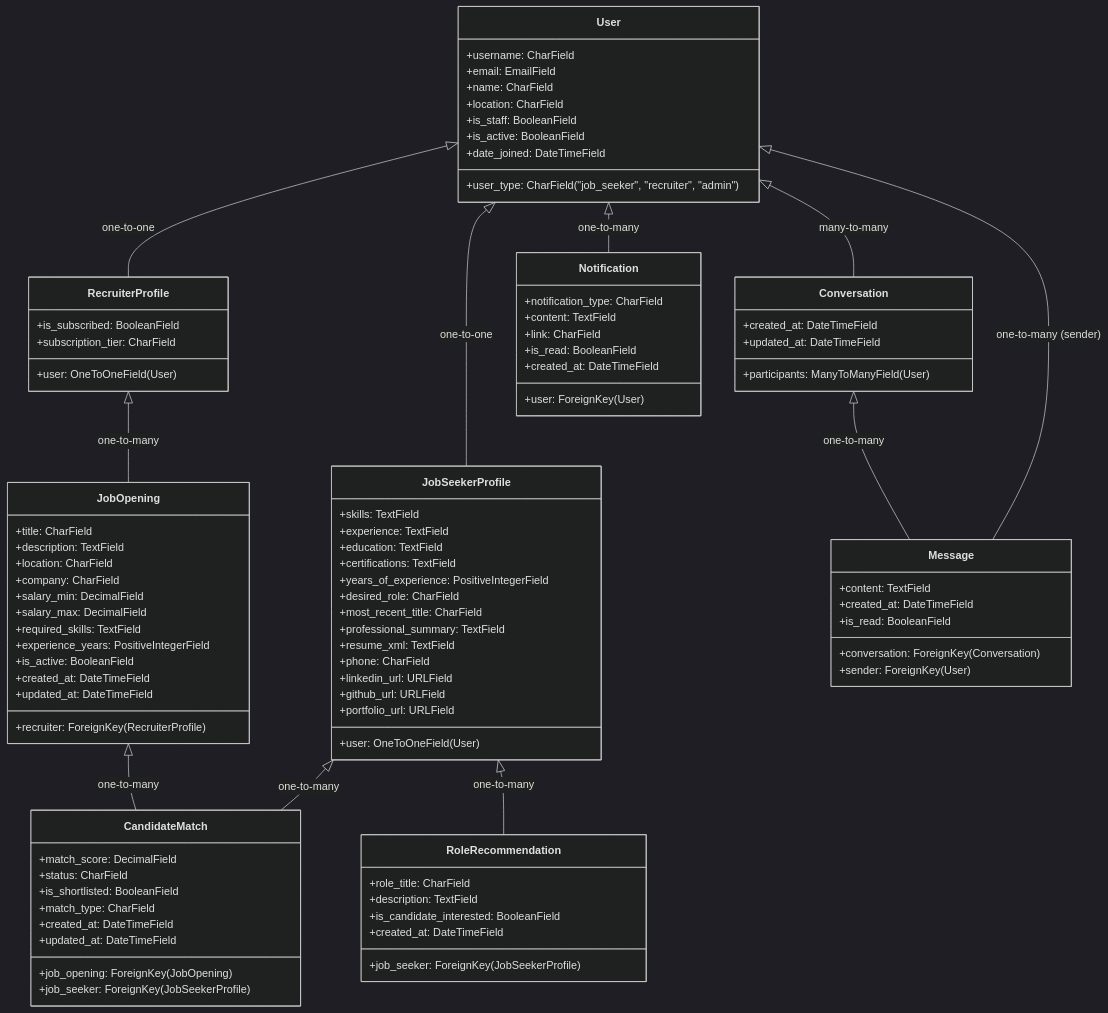
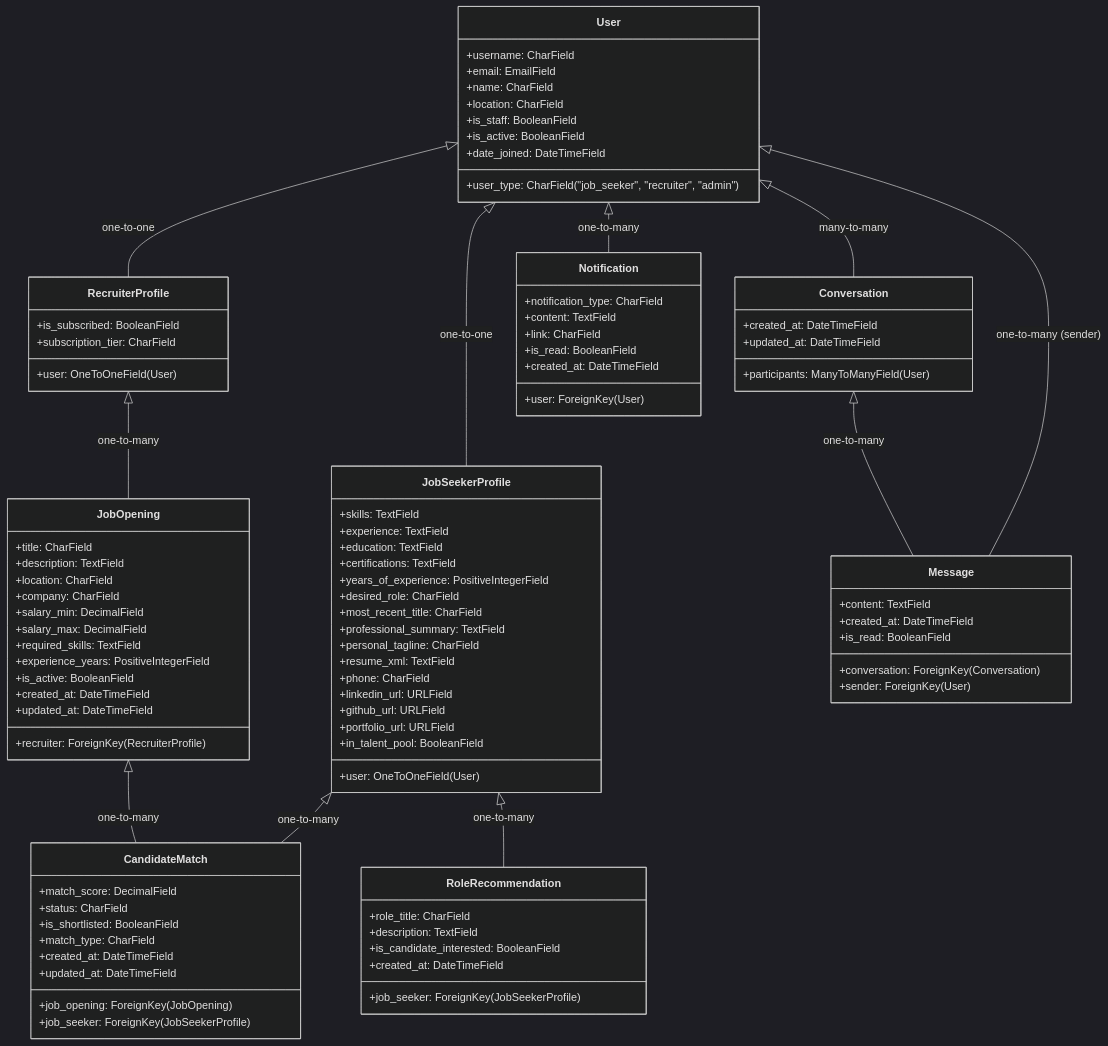
Before and after one commit to btfranklin/hiredar-saas-archive: the diagram in docs/MODELS.md, drawn with Mermaid (dark theme). The commit also changed other lines of this file, not shown here.

Commit message:
Update documentation for JobSeekerProfile model
- Added `personal_tagline` and `in_talent_pool` fields to the JobSeekerProfile model documentation, detailing their purpose and usage.
- Updated class diagram and key methods section to reflect the new fields, enhancing clarity and understanding of the model's structure.

```diff
--- a/docs/MODELS.md
+++ b/docs/MODELS.md
@@ -38,11 +38,13 @@
         +desired_role: CharField
         +most_recent_title: CharField
         +professional_summary: TextField
+        +personal_tagline: CharField
         +resume_xml: TextField
         +phone: CharField
         +linkedin_url: URLField
         +github_url: URLField
         +portfolio_url: URLField
+        +in_talent_pool: BooleanField
     }
     
     class RecruiterProfile {
```
